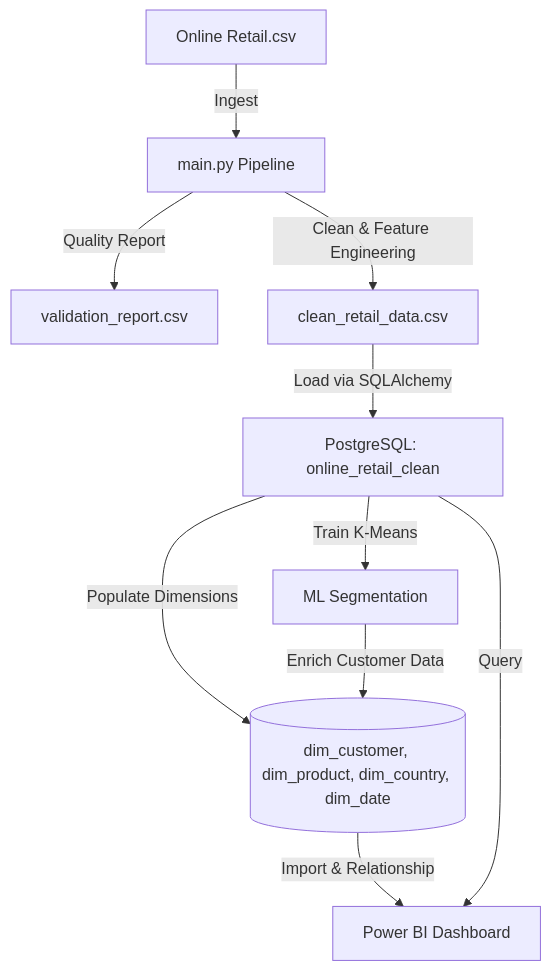
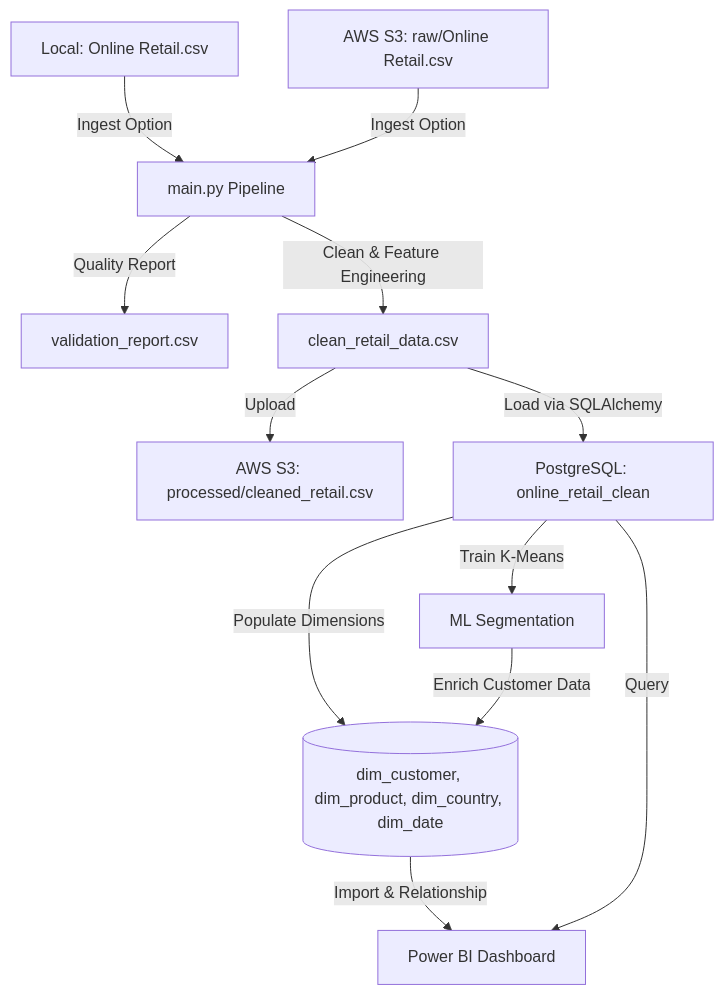
The diagram in README.md (Mansi091/DATA_WAREHOUSE), drawn with Mermaid before and after one commit. The commit also changed other lines of this file, not shown here.

````diff
--- a/README.md
+++ b/README.md
@@ -9,23 +11,27 @@
 ```mermaid
 flowchart TD
-    %% Extract & Validate
-    Raw[Online Retail.csv] -->|Ingest| ETL[main.py Pipeline]
+    %% Source Options
+    LocalCSV[Local: Online Retail.csv] -->|Ingest Option| ETL[main.py Pipeline]
+    S3Raw[AWS S3: raw/Online Retail.csv] -->|Ingest Option| ETL
+    
+    %% Validate & Transform
     ETL -->|Quality Report| Val[validation_report.csv]
+    ETL -->|Clean & Feature Engineering| Clean[clean_retail_data.csv]
     
-    %% Transform
-    ETL -->|Clean & Feature Engineering| Clean[clean_retail_data.csv]
+    %% S3 Store
+    Clean -->|Upload| S3Processed[AWS S3: processed/cleaned_retail.csv]
     
     %% Load
     Clean -->|Load via SQLAlchemy| Staging[PostgreSQL: online_retail_clean]
     
     %% Dim Creating
     Staging -->|Populate Dimensions| Dims[(dim_customer, dim_product, dim_country, dim_date)]
     
     %% ML Loop
     Staging -->|Train K-Means| ML[ML Segmentation]
     ML -->|Enrich Customer Data| Dims
     
     %% Power BI
     Dims -->|Import & Relationship| PBI[Power BI Dashboard]
     Staging -->|Query| PBI
 ```
````
